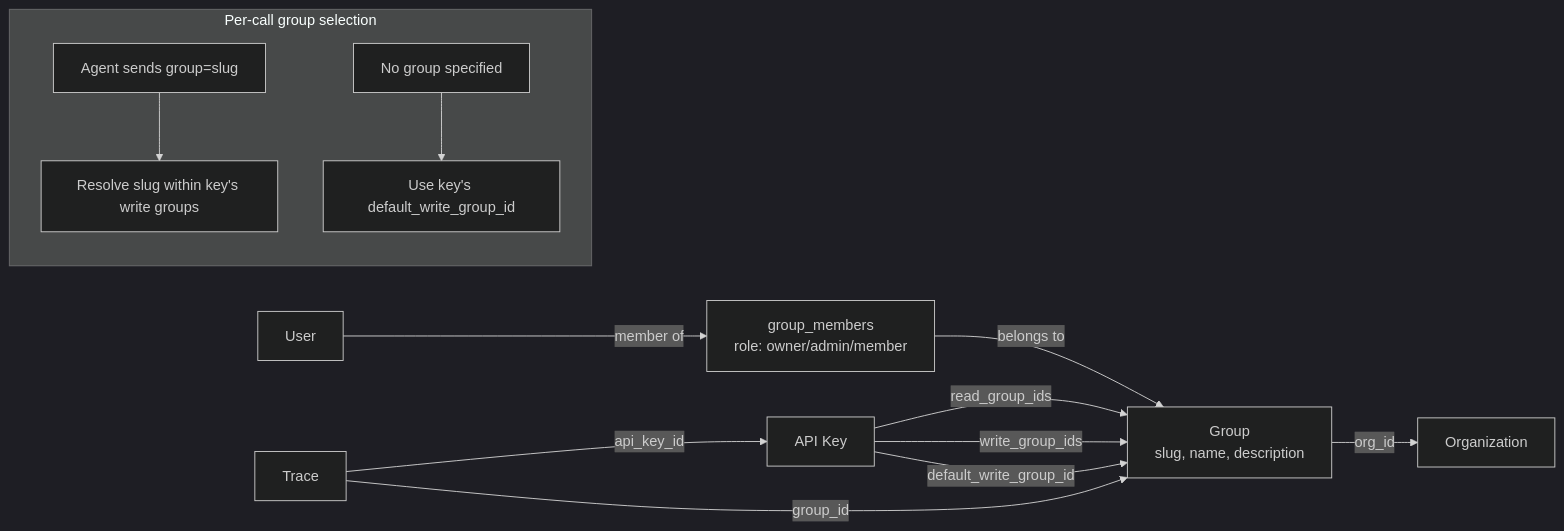
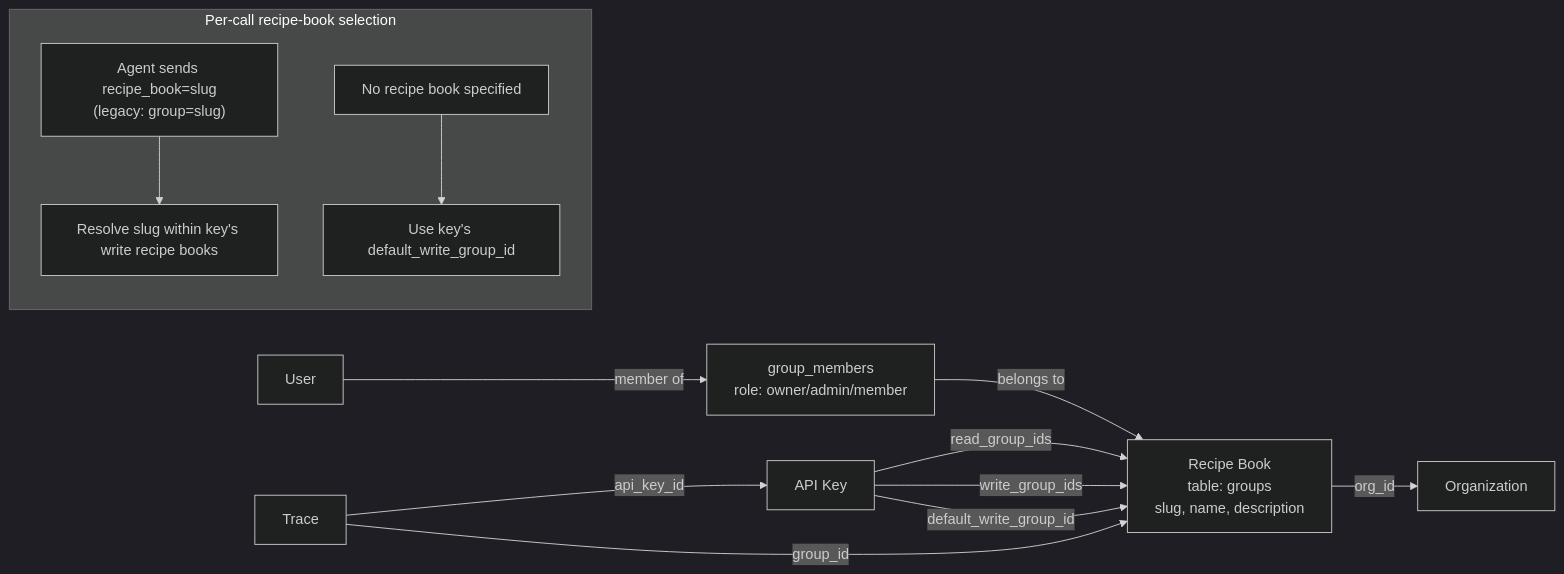
The fifth of 14 diagrams in docs/architecture/data-flow.md (AndyForest/SoupNet), drawn with Mermaid (dark theme) before and after one commit. The commit also changed other lines of this file and 8 other files, not shown here.

````diff
--- a/docs/architecture/data-flow.md
+++ b/docs/architecture/data-flow.md
@@ -168,19 +170,19 @@
 ```mermaid
 flowchart LR
     U[User] -->|member of| GM[group_members<br/>role: owner/admin/member]
-    GM -->|belongs to| G[Group<br/>slug, name, description]
+    GM -->|belongs to| G[Recipe Book<br/>table: groups<br/>slug, name, description]
     G -->|org_id| O[Organization]
 
     AK[API Key] -->|read_group_ids| G
     AK -->|write_group_ids| G
     AK -->|default_write_group_id| G
 
     T[Trace] -->|group_id| G
     T -->|api_key_id| AK
 
-    subgraph "Per-call group selection"
+    subgraph "Per-call recipe-book selection"
         direction TB
-        P1["Agent sends group=slug"] --> P2["Resolve slug within key's write groups"]
-        P3["No group specified"] --> P4["Use key's default_write_group_id"]
+        P1["Agent sends recipe_book=slug<br/>(legacy: group=slug)"] --> P2["Resolve slug within key's write recipe books"]
+        P3["No recipe book specified"] --> P4["Use key's default_write_group_id"]
     end
 ```
````
